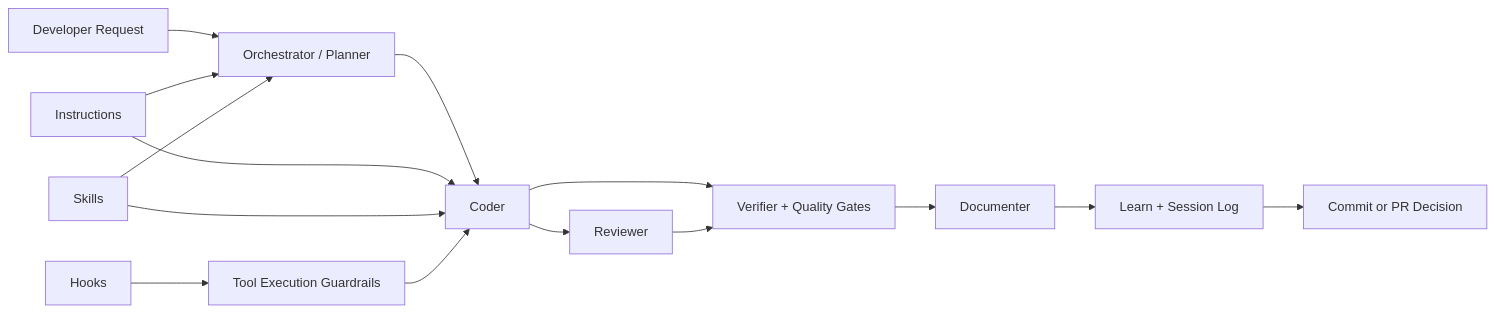
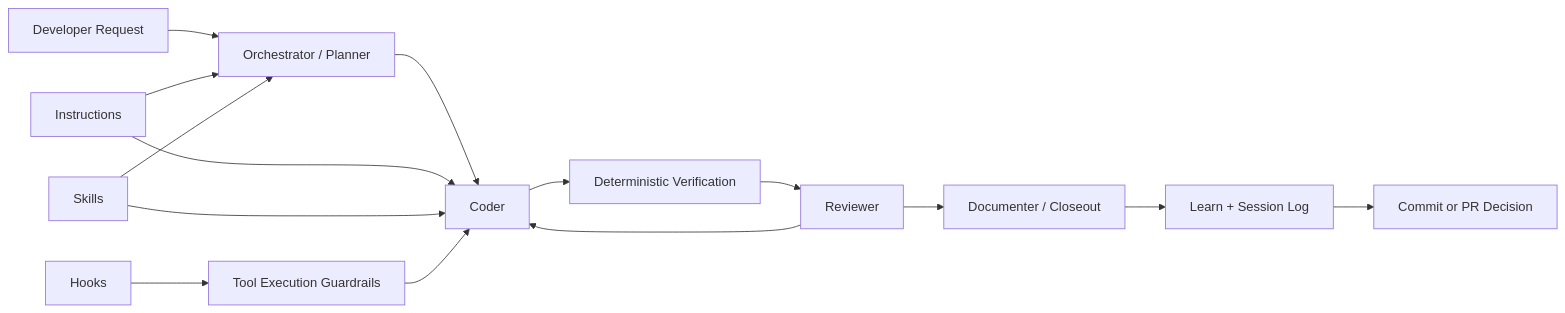
One commit to Ghisso/github_copilot_bootstrap changed the first of 2 diagrams in README.md. Above: the diagram before and after it, drawn with Mermaid. The commit also changed other lines of this file and 27 other files, not shown here.

````diff
--- a/README.md
+++ b/README.md
@@ -292,22 +292,21 @@
 ```mermaid
 flowchart LR
   U[Developer Request] --> A[Orchestrator / Planner]
   A --> C[Coder]
-  C --> V[Verifier + Quality Gates]
-  V --> D[Documenter]
+  C --> V[Deterministic Verification]
+  V --> R[Reviewer]
+  R --> C
+  R --> D[Documenter / Closeout]
   D --> L[Learn + Session Log]
 
   I[Instructions] --> A
   I --> C
 
   S[Skills] --> A
   S --> C
 
   H[Hooks] --> T[Tool Execution Guardrails]
   T --> C
 
-  R[Reviewer] --> V
-  C --> R
-
   L --> O[Commit or PR Decision]
 ```
````
